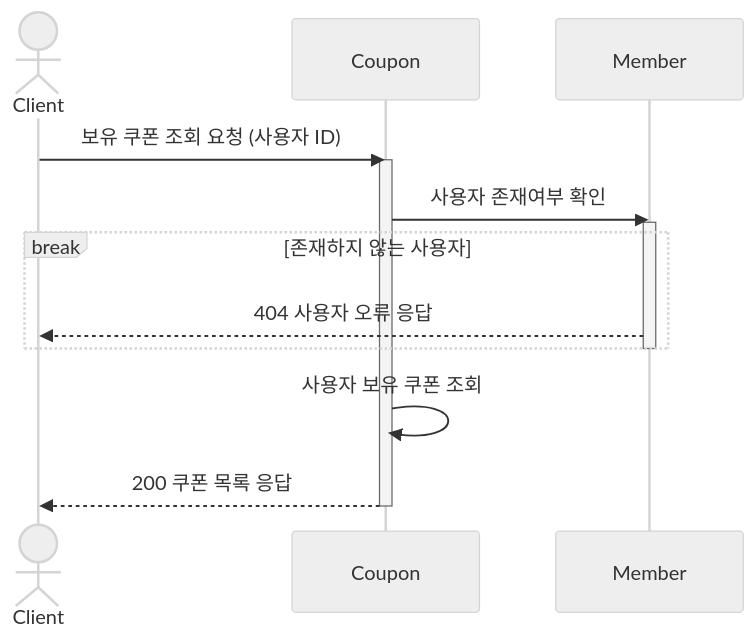
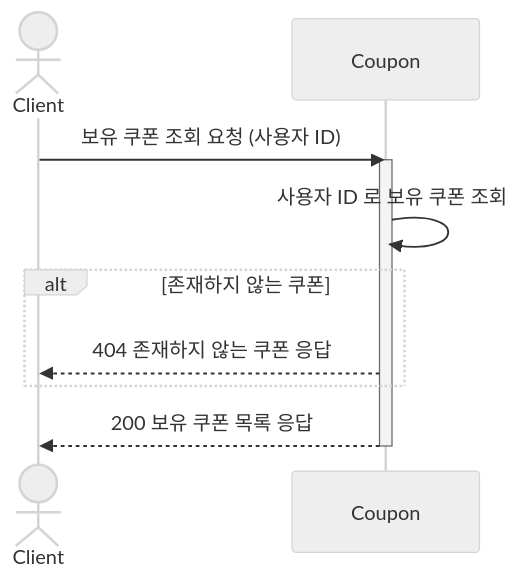
One commit to hjlee5701/e-commerce changed the diagram in docs/diagram/sequence/FindHoldingCouponsSequence.md. Above: the diagram before and after it, drawn with Mermaid (neutral theme). The commit also changed 4 other files, not shown here.

````diff
--- a/docs/diagram/sequence/FindHoldingCouponsSequence.md
+++ b/docs/diagram/sequence/FindHoldingCouponsSequence.md
@@ -3,22 +3,18 @@
 ```mermaid
 sequenceDiagram
     actor Client
     participant Coupon
 
     Client->>Coupon: 보유 쿠폰 조회 요청 (사용자 ID)
     activate Coupon
 
-    Coupon->>Member: 사용자 존재여부 확인
-    activate Member
-    break 존재하지 않는 사용자
-        Member-->>Client: 404 사용자 오류 응답
+    Coupon->>Coupon: 사용자 ID 로 보유 쿠폰 조회
+    alt 존재하지 않는 쿠폰
+        Coupon -->> Client : 404 존재하지 않는 쿠폰 응답 
     end
-    deactivate Member
-
-    Coupon->>Coupon: 사용자 보유 쿠폰 조회
-    Coupon-->>Client: 200 쿠폰 목록 응답
+    Coupon-->>Client: 200 보유 쿠폰 목록 응답
     
 
     deactivate Coupon
 
 ```
````
